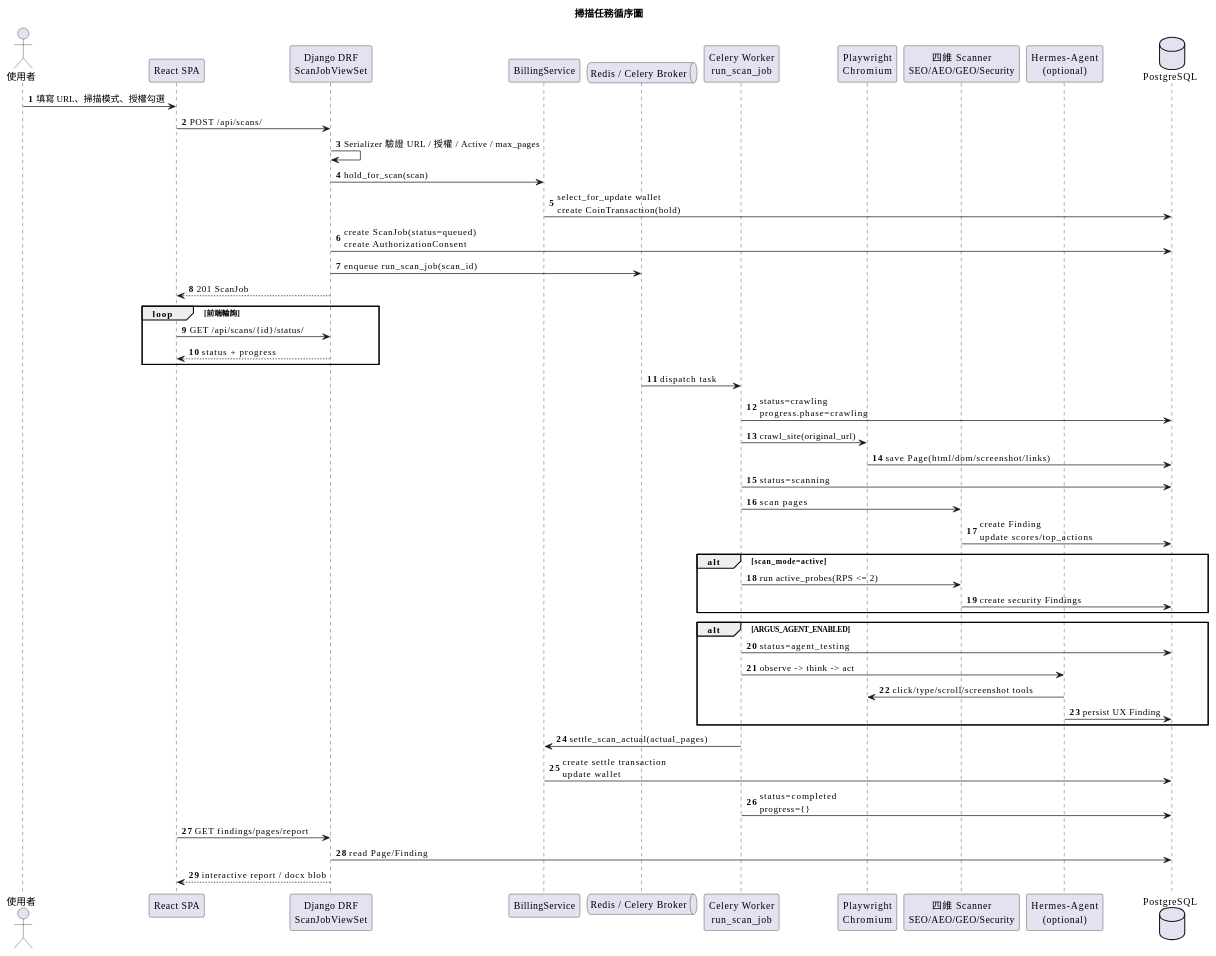
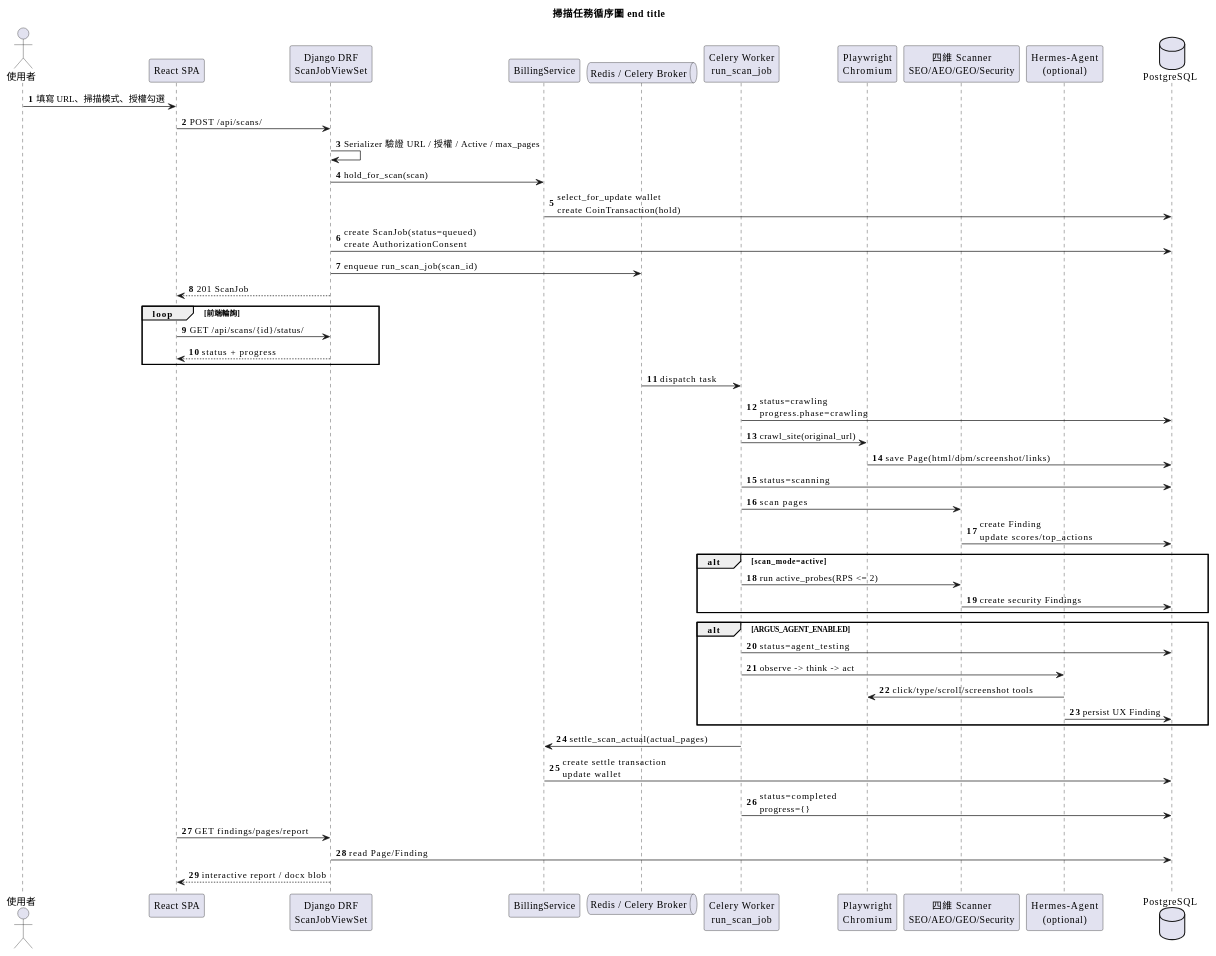
One commit to Djude1/Argus changed the seventh of 13 diagrams in PlantUML.md. Above: the diagram before and after it, drawn with PlantUML. The commit also changed other lines of this file, not shown here.

````diff
--- a/PlantUML.md
+++ b/PlantUML.md
@@ -505,60 +505,60 @@
 ```plantuml
 @startuml
-title 掃描任務循序圖
+title 掃描任務循序圖 end title
 skinparam defaultFontName Microsoft JhengHei
 skinparam shadowing false
 autonumber
 
 actor User as "使用者"
 participant SPA as "React SPA"
 participant API as "Django DRF\nScanJobViewSet"
 participant Billing as "BillingService"
 queue Redis as "Redis / Celery Broker"
 participant Worker as "Celery Worker\nrun_scan_job"
 participant Browser as "Playwright\nChromium"
 participant Scanner as "四維 Scanner\nSEO/AEO/GEO/Security"
 participant Agent as "Hermes-Agent\n(optional)"
 database DB as "PostgreSQL"
 
 User -> SPA : 填寫 URL、掃描模式、授權勾選
 SPA -> API : POST /api/scans/
 API -> API : Serializer 驗證 URL / 授權 / Active / max_pages
 API -> Billing : hold_for_scan(scan)
 Billing -> DB : select_for_update wallet\ncreate CoinTransaction(hold)
 API -> DB : create ScanJob(status=queued)\ncreate AuthorizationConsent
 API -> Redis : enqueue run_scan_job(scan_id)
 API --> SPA : 201 ScanJob
 
 loop 前端輪詢
   SPA -> API : GET /api/scans/{id}/status/
   API --> SPA : status + progress
 end
 
 Redis -> Worker : dispatch task
 Worker -> DB : status=crawling\nprogress.phase=crawling
 Worker -> Browser : crawl_site(original_url)
 Browser -> DB : save Page(html/dom/screenshot/links)
 Worker -> DB : status=scanning
 Worker -> Scanner : scan pages
 Scanner -> DB : create Finding\nupdate scores/top_actions
 
 alt scan_mode=active
   Worker -> Scanner : run active_probes(RPS <= 2)
   Scanner -> DB : create security Findings
 end
 
 alt ARGUS_AGENT_ENABLED
   Worker -> DB : status=agent_testing
   Worker -> Agent : observe -> think -> act
   Agent -> Browser : click/type/scroll/screenshot tools
   Agent -> DB : persist UX Finding
 end
 
 Worker -> Billing : settle_scan_actual(actual_pages)
 Billing -> DB : create settle transaction\nupdate wallet
 Worker -> DB : status=completed\nprogress={}
 SPA -> API : GET findings/pages/report
 API -> DB : read Page/Finding
 API --> SPA : interactive report / docx blob
 @enduml
 ```
````
